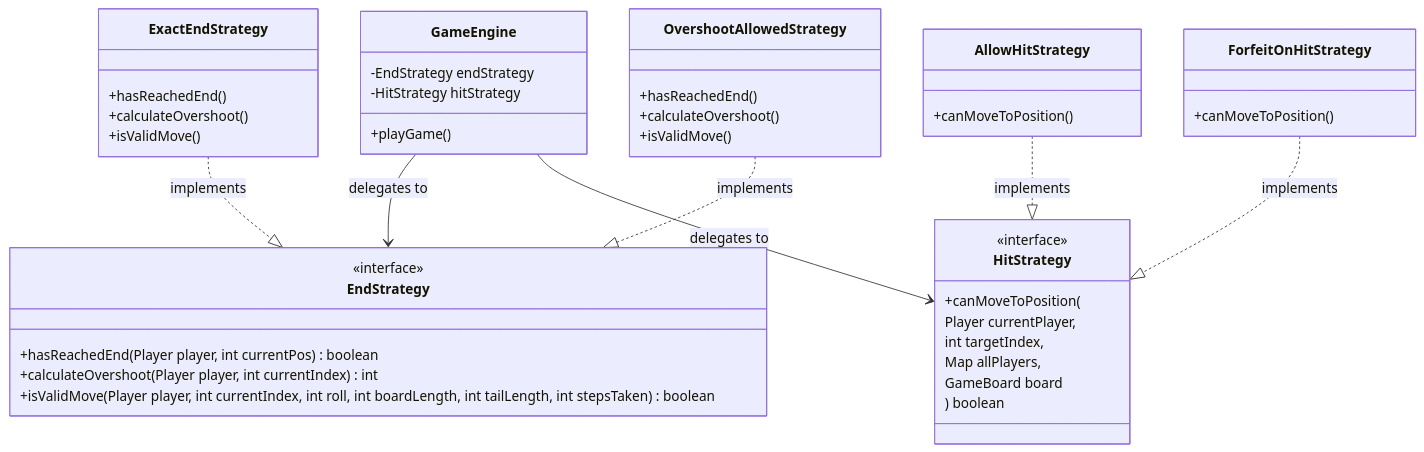
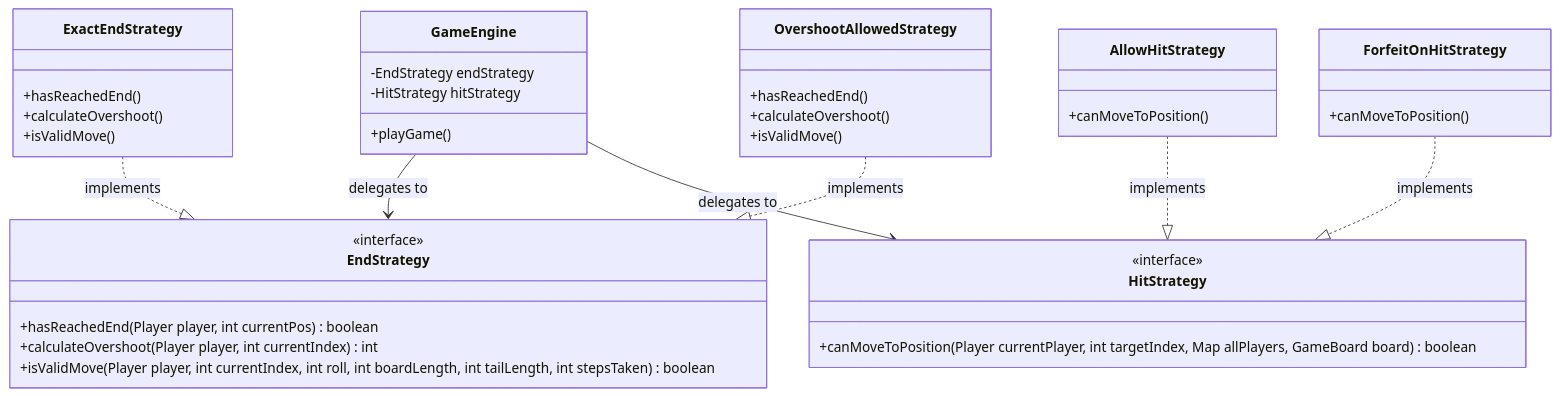
The fourth of 4 diagrams in README.md (daniel140280/Daniel_Hall_23748364), drawn with Mermaid before and after one commit. The commit also changed other lines of this file, not shown here.

````diff
--- a/README.md
+++ b/README.md
@@ -126,59 +142,56 @@
 ```mermaid
 classDiagram
-    %% Define the top node first
+    direction TB
+
+    %% Top-level
     class GameEngine {
         -EndStrategy endStrategy
         -HitStrategy hitStrategy
         +playGame()
     }
 
-    %% Define the interfaces next
+    %% Interfaces
     class EndStrategy {
         <<interface>>
         +hasReachedEnd(Player player, int currentPos) boolean
         +calculateOvershoot(Player player, int currentIndex) int
         +isValidMove(Player player, int currentIndex, int roll, int boardLength, int tailLength, int stepsTaken) boolean
     }
 
     class HitStrategy {
         <<interface>>
-        +canMoveToPosition(
-            Player currentPlayer,
-            int targetIndex,
-            Map<Player, PlayersInGameContext> allPlayers,
-            GameBoard board
-        ) boolean
+        +canMoveToPosition(Player currentPlayer, int targetIndex, Map<Player, PlayersInGameContext> allPlayers, GameBoard board) boolean
     }
 
-    %% Define the EndStrategy implementations under the interface
+    %% Implementations under EndStrategy
     class ExactEndStrategy {
         +hasReachedEnd()
         +calculateOvershoot()
         +isValidMove()
     }
 
     class OvershootAllowedStrategy {
         +hasReachedEnd()
         +calculateOvershoot()
         +isValidMove()
     }
 
-    %% Define the HitStrategy implementations under the interface
+    %% Implementations under HitStrategy
     class AllowHitStrategy {
         +canMoveToPosition()
     }
 
     class ForfeitOnHitStrategy {
         +canMoveToPosition()
     }
 
-    %% Relationships (keep them after all classes to reduce layout surprises)
+    %% Relationships
     GameEngine --> EndStrategy : delegates to
     GameEngine --> HitStrategy : delegates to
 
     ExactEndStrategy ..|> EndStrategy : implements
     OvershootAllowedStrategy ..|> EndStrategy : implements
 
     AllowHitStrategy ..|> HitStrategy : implements
     ForfeitOnHitStrategy ..|> HitStrategy : implements
 ```
````
